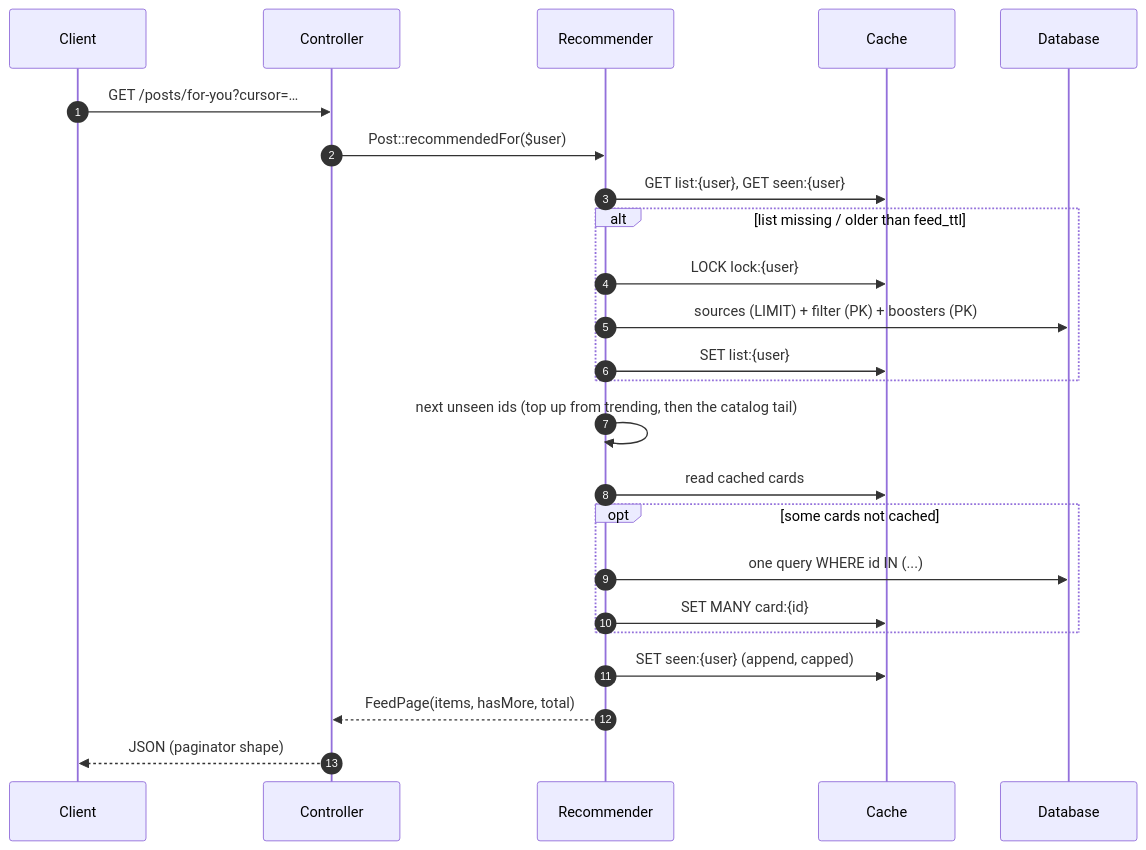
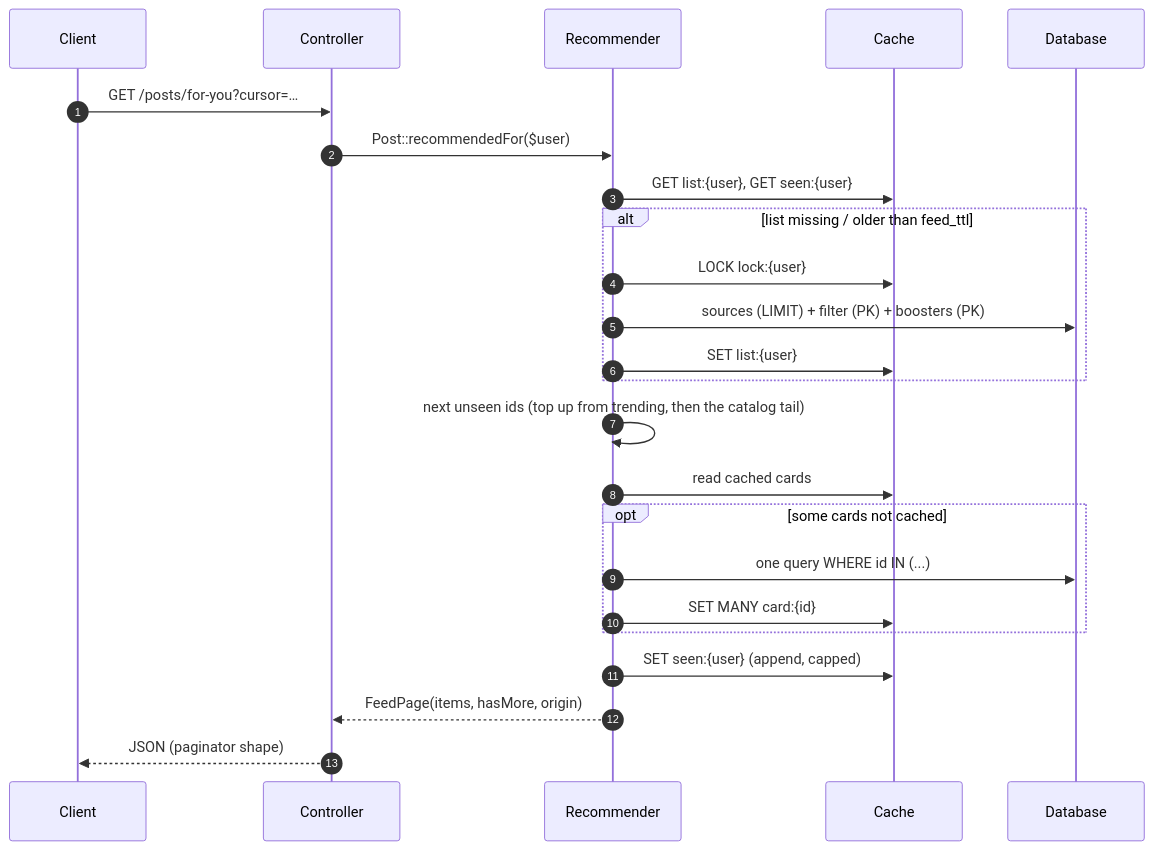
The second of 3 diagrams in docs/how-it-works.md (solutionforest/laravel-recommender), drawn with Mermaid before and after one commit. The commit also changed 21 other files, not shown here.

````diff
--- a/docs/how-it-works.md
+++ b/docs/how-it-works.md
@@ -34,27 +34,27 @@
 ```mermaid
 sequenceDiagram
   autonumber
   participant C as Client
   participant API as Controller
   participant R as Recommender
   participant K as Cache
   participant DB as Database
 
   C->>API: GET /posts/for-you?cursor=…
   API->>R: Post::recommendedFor($user)
   R->>K: GET list:{user}, GET seen:{user}
   alt list missing / older than feed_ttl
     R->>K: LOCK lock:{user}
     R->>DB: sources (LIMIT) + filter (PK) + boosters (PK)
     R->>K: SET list:{user}
   end
   R->>R: next unseen ids (top up from trending, then the catalog tail)
   R->>K: read cached cards
   opt some cards not cached
     R->>DB: one query WHERE id IN (...)
     R->>K: SET MANY card:{id}
   end
   R->>K: SET seen:{user} (append, capped)
-  R-->>API: FeedPage(items, hasMore, total)
+  R-->>API: FeedPage(items, hasMore, origin)
   API-->>C: JSON (paginator shape)
 ```
````
